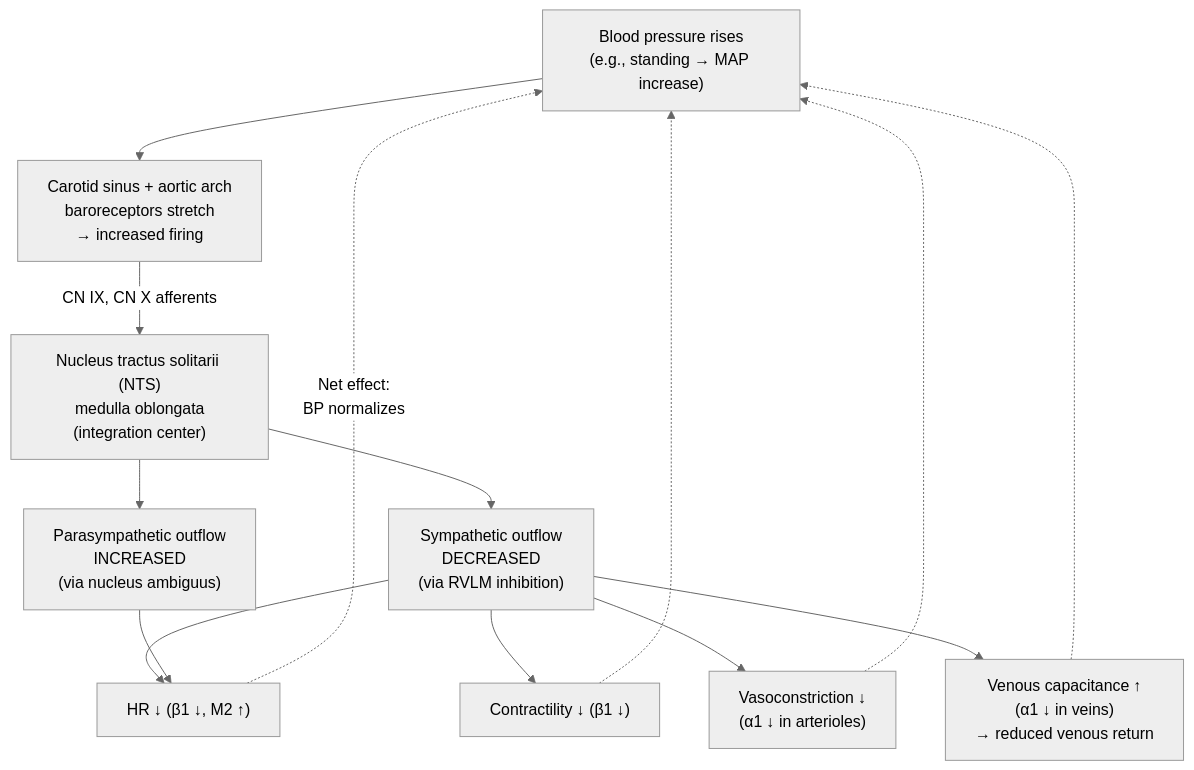
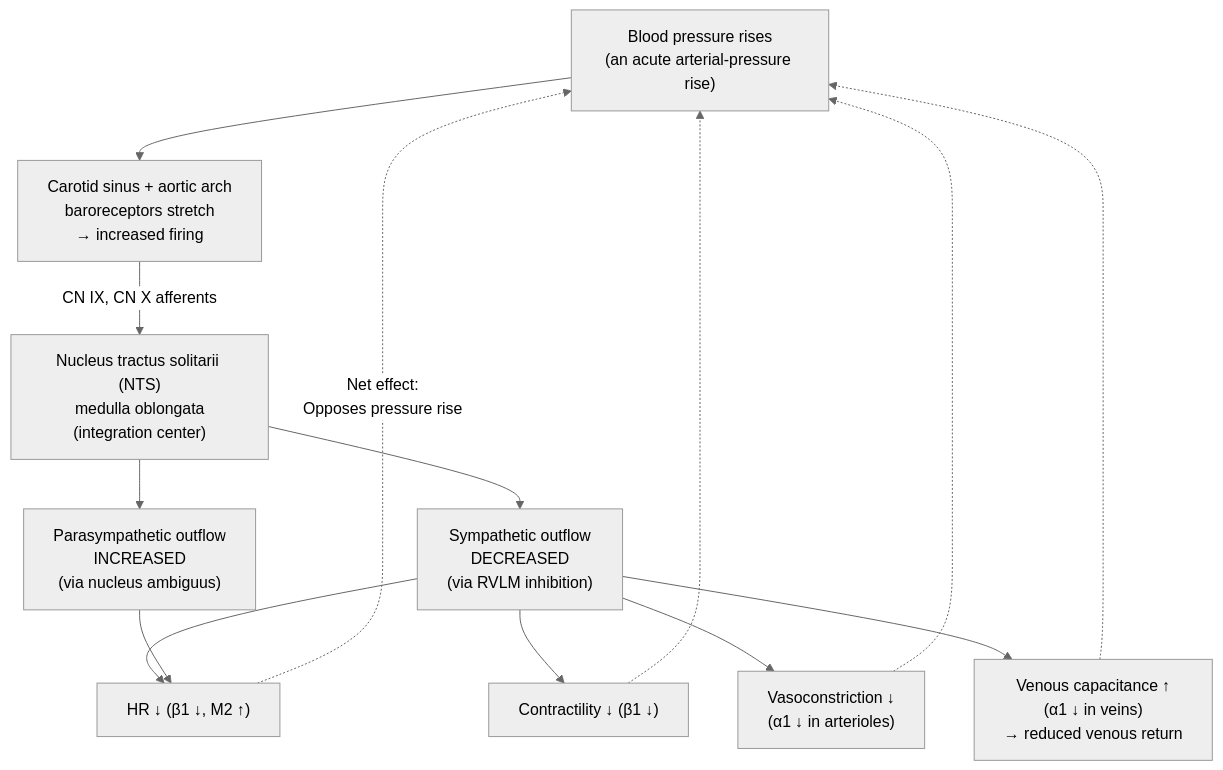
One commit to docxology/biology_textbook changed the second of 5 diagrams in docs/manuscript/unit_IX/circulation_respiration_homeostasis.md. Above: the diagram before and after it, drawn with Mermaid (neutral theme). The commit also changed other lines of this file and 444 other files, not shown here.

````diff
--- a/docs/manuscript/unit_IX/circulation_respiration_homeostasis.md
+++ b/docs/manuscript/unit_IX/circulation_respiration_homeostasis.md
@@ -217,27 +217,27 @@
 ```mermaid
 flowchart TD
-    BP["Blood pressure rises<br/>(e.g., standing → MAP increase)"]
+    BP["Blood pressure rises<br/>(an acute arterial-pressure rise)"]
     Recep["Carotid sinus + aortic arch<br/>baroreceptors stretch<br/>→ increased firing"]
     NTS["Nucleus tractus solitarii (NTS)<br/>medulla oblongata<br/>(integration center)"]
     Sym["Sympathetic outflow<br/>DECREASED<br/>(via RVLM inhibition)"]
     Para["Parasympathetic outflow<br/>INCREASED<br/>(via nucleus ambiguus)"]
     HR["HR ↓ (β1 ↓, M2 ↑)"]
     SV["Contractility ↓ (β1 ↓)"]
     TPR["Vasoconstriction ↓<br/>(α1 ↓ in arterioles)"]
     Vol["Venous capacitance ↑<br/>(α1 ↓ in veins)<br/>→ reduced venous return"]
 
     BP --> Recep
     Recep -->|"CN IX, CN X afferents"| NTS
     NTS --> Sym
     NTS --> Para
     Sym --> HR
     Sym --> SV
     Sym --> TPR
     Sym --> Vol
     Para --> HR
 
-    HR -.->|"Net effect:<br/>BP normalizes"| BP
+    HR -.->|"Net effect:<br/>Opposes pressure rise"| BP
     SV -.-> BP
     TPR -.-> BP
     Vol -.-> BP
 ```
````
